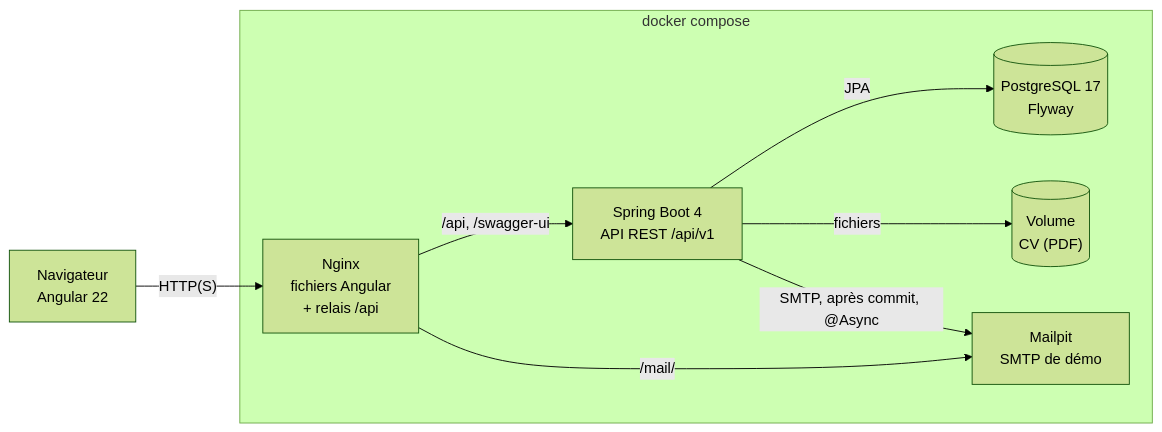
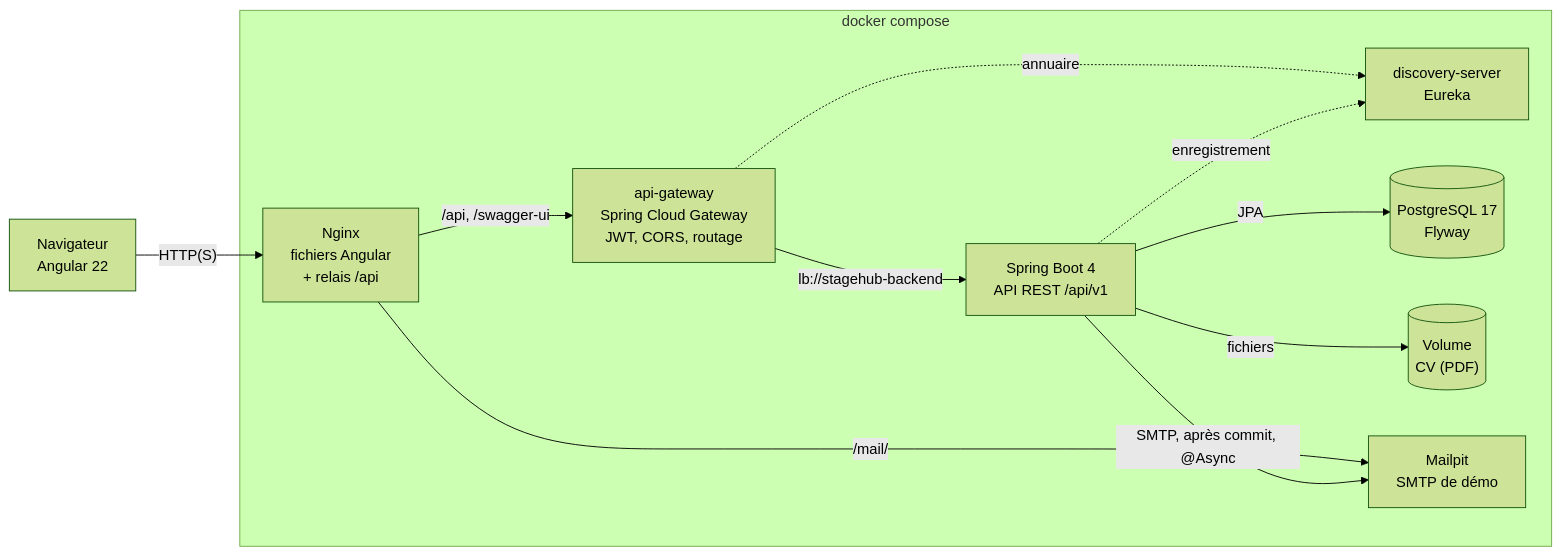
The diagram in README.md (zakaech/stagehub), drawn with Mermaid (forest theme) before and after one commit. The commit also changed other lines of this file, not shown here.

Commit message:
docs: décrit la gateway et l'annuaire (phase 7, sous-étape a)

````diff
--- a/README.md
+++ b/README.md
@@ -119,17 +119,22 @@
 ```mermaid
 flowchart LR
     navigateur["Navigateur<br/>Angular 22"]
     subgraph docker["docker compose"]
         nginx["Nginx<br/>fichiers Angular<br/>+ relais /api"]
+        gateway["api-gateway<br/>Spring Cloud Gateway<br/>JWT, CORS, routage"]
+        eureka["discovery-server<br/>Eureka"]
         backend["Spring Boot 4<br/>API REST /api/v1"]
         postgres[("PostgreSQL 17<br/>Flyway")]
         cv[("Volume<br/>CV (PDF)")]
         mailpit["Mailpit<br/>SMTP de démo"]
     end
     navigateur -- "HTTP(S)" --> nginx
-    nginx -- "/api, /swagger-ui" --> backend
+    nginx -- "/api, /swagger-ui" --> gateway
+    gateway -- "lb://stagehub-backend" --> backend
+    gateway -. "annuaire" .-> eureka
+    backend -. "enregistrement" .-> eureka
     nginx -- "/mail/" --> mailpit
     backend -- "JPA" --> postgres
     backend -- "fichiers" --> cv
     backend -- "SMTP, après commit, @Async" --> mailpit
 ```
````
